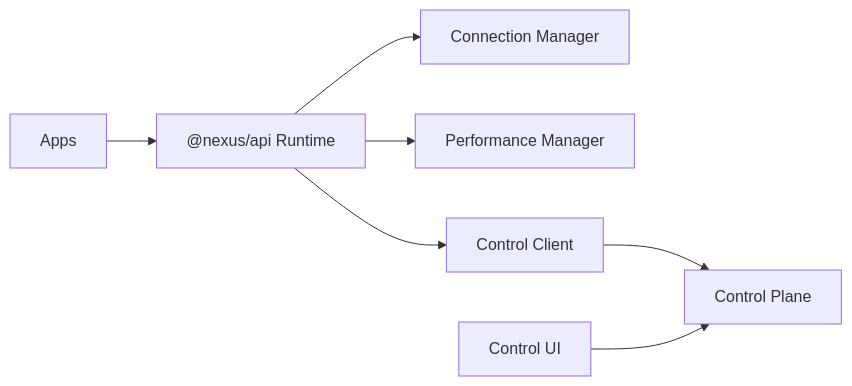
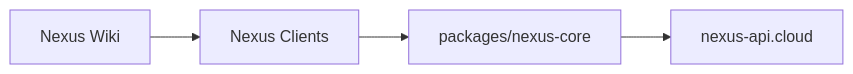
Before and after one commit to YoungJibbit95/Nexus-Ecosystem: the diagram in README.md, drawn with Mermaid. The commit also changed other lines of this file and 13 other files, not shown here.

````diff
--- a/README.md
+++ b/README.md
@@ -51,9 +52,6 @@
 ```mermaid
 flowchart LR
-A["Apps"] --> R["@nexus/api Runtime"]
-R --> C["Connection Manager"]
-R --> P["Performance Manager"]
-R --> CL["Control Client"]
-CL --> CP["Control Plane"]
-UI["Control UI"] --> CP
+A["Nexus Clients"] --> B["packages/nexus-core"]
+B --> C["nexus-api.cloud"]
+D["Nexus Wiki"] --> A
 ```
````
